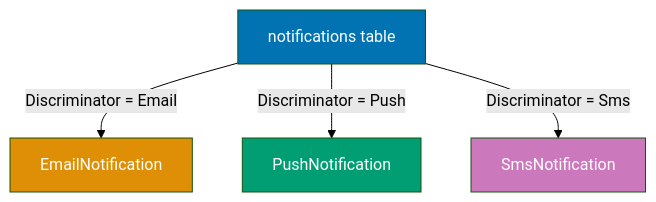
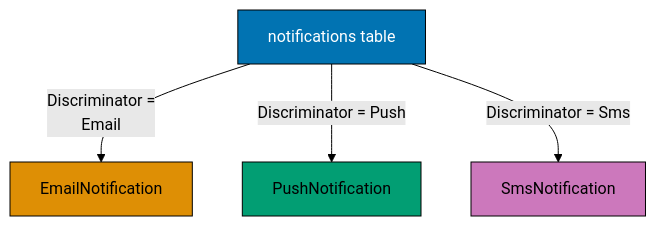
One commit to wahidyankf/ose-public changed the fourth of 5 diagrams in apps/ayokoding-www/content/en/learn/legacy/software-engineering/data/tools/csharp-ef-core/by-example/intermediate.md. Above: the diagram before and after it, drawn with Mermaid (forest theme). The commit also changed other lines of this file and 131 other files, not shown here.

First line of the commit message:
fix(mermaid): bring the legacy data, infrastructure, and testing diagrams onto the accessible palette

````diff
--- a/apps/ayokoding-www/content/en/learn/legacy/software-engineering/data/tools/csharp-ef-core/by-example/intermediate.md
+++ b/apps/ayokoding-www/content/en/learn/legacy/software-engineering/data/tools/csharp-ef-core/by-example/intermediate.md
@@ -677,12 +699,19 @@
 ```mermaid
 %% Color Palette: Blue #0173B2, Orange #DE8F05, Teal #029E73, Purple #CC78BC, Brown #CA9161
 graph TD
-    A[notifications table] -->|Discriminator = Email| B[EmailNotification]
+    accTitle: Example 41: TPH Inheritance
+    accDescr: Graph with 4 nodes and 3 connections. Nodes: notifications table, EmailNotification, PushNotification, SmsNotification. Connections: notifications table to EmailNotification (Discriminator = Email), notifications table to PushNotification (Discriminator = Push), notifications table to SmsNotification (Discriminator = Sms).
+    A[notifications table] -->|Discriminator =<br/>Email| B[EmailNotification]
     A -->|Discriminator = Push| C[PushNotification]
     A -->|Discriminator = Sms| D[SmsNotification]
 
-    style A fill:#0173B2,color:#fff
-    style B fill:#DE8F05,color:#fff
-    style C fill:#029E73,color:#fff
-    style D fill:#CC78BC,color:#fff
+    classDef pal-0173B2 fill:#0173B2,stroke:#000000,color:#FFFFFF
+    class A pal-0173B2
+    classDef pal-DE8F05 fill:#DE8F05,stroke:#000000,color:#000000
+    class B pal-DE8F05
+    classDef pal-029E73 fill:#029E73,stroke:#000000,color:#000000
+    class C pal-029E73
+    classDef pal-CC78BC fill:#CC78BC,stroke:#000000,color:#000000
+    class D pal-CC78BC
+    classDef default fill:#FFFFFF,stroke:#000000,color:#000000
 ```
````
